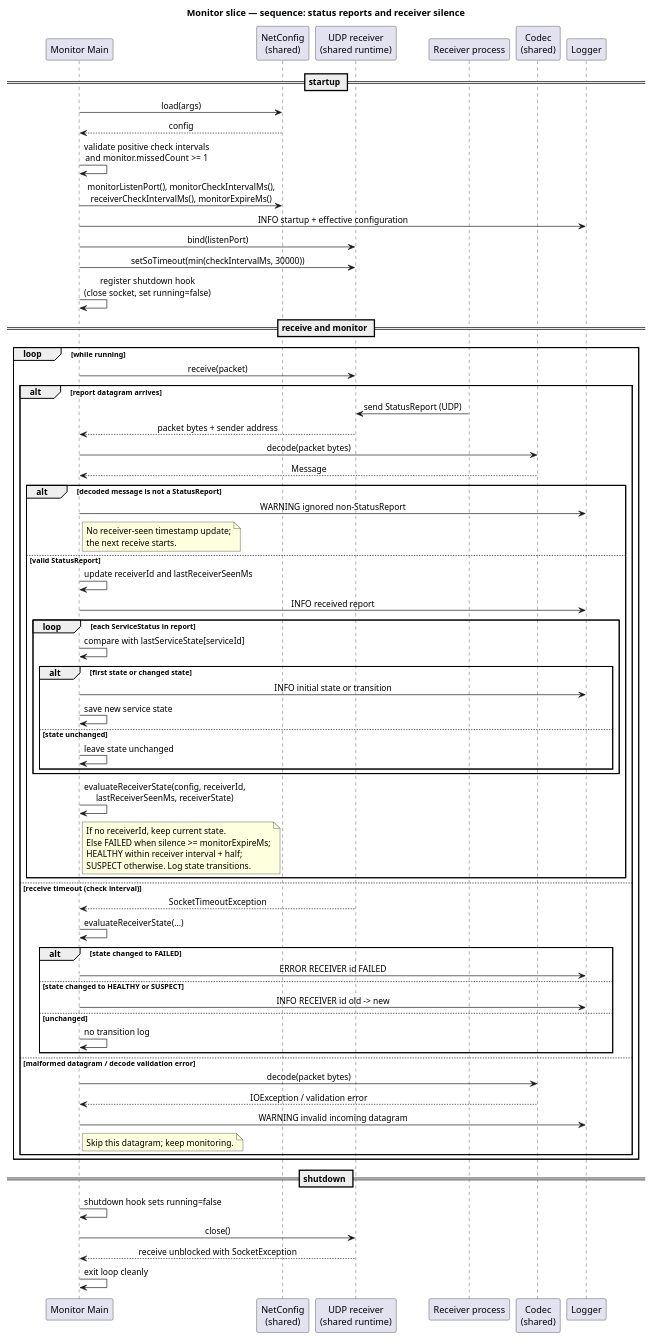
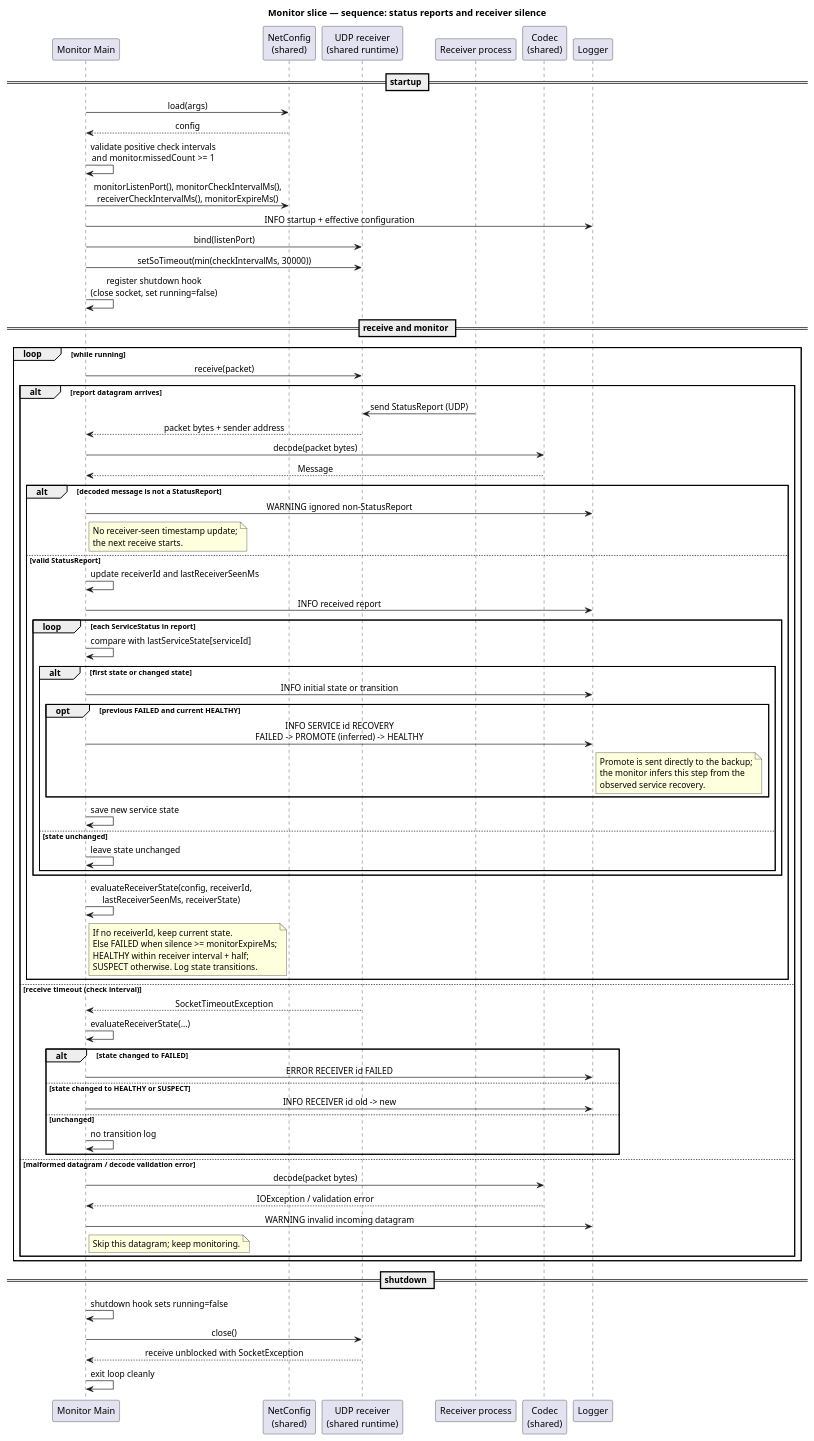
One commit to kobster68/tactic-implementation changed the diagram in uml/monitor/monitor-sequence.puml. Above: the diagram before and after it, drawn with PlantUML. The commit also changed 4 other files, not shown here.

Commit message:
Implemented monitor recovery

```diff
--- a/uml/monitor/monitor-sequence.puml
+++ b/uml/monitor/monitor-sequence.puml
@@ -1,83 +1,91 @@
 @startuml monitor-sequence
 title Monitor slice — sequence: status reports and receiver silence
 
 skinparam shadowing false
 skinparam sequenceMessageAlign center
 
 participant "Monitor Main" as MON
 participant "NetConfig\n(shared)" as CFG
 participant "UDP receiver\n(shared runtime)" as UDP
 participant "Receiver process" as RCV
 participant "Codec\n(shared)" as CODEC
 participant "Logger" as LOG
 
 == startup ==
 MON -> CFG : load(args)
 CFG --> MON : config
 MON -> MON : validate positive check intervals\nand monitor.missedCount >= 1
 MON -> CFG : monitorListenPort(), monitorCheckIntervalMs(),\nreceiverCheckIntervalMs(), monitorExpireMs()
 MON -> LOG : INFO startup + effective configuration
 MON -> UDP : bind(listenPort)
 MON -> UDP : setSoTimeout(min(checkIntervalMs, 30000))
 MON -> MON : register shutdown hook\n(close socket, set running=false)
 
 == receive and monitor ==
 loop while running
   MON -> UDP : receive(packet)
   alt report datagram arrives
     RCV -> UDP : send StatusReport (UDP)
     UDP --> MON : packet bytes + sender address
     MON -> CODEC : decode(packet bytes)
     CODEC --> MON : Message
     alt decoded message is not a StatusReport
       MON -> LOG : WARNING ignored non-StatusReport
       note right of MON
         No receiver-seen timestamp update;
         the next receive starts.
       end note
     else valid StatusReport
       MON -> MON : update receiverId and lastReceiverSeenMs
       MON -> LOG : INFO received report
       loop each ServiceStatus in report
         MON -> MON : compare with lastServiceState[serviceId]
         alt first state or changed state
           MON -> LOG : INFO initial state or transition
+          opt previous FAILED and current HEALTHY
+            MON -> LOG : INFO SERVICE id RECOVERY\nFAILED -> PROMOTE (inferred) -> HEALTHY
+            note right of LOG
+              Promote is sent directly to the backup;
+              the monitor infers this step from the
+              observed service recovery.
+            end note
+          end
           MON -> MON : save new service state
         else state unchanged
           MON -> MON : leave state unchanged
         end
       end
       MON -> MON : evaluateReceiverState(config, receiverId,\nlastReceiverSeenMs, receiverState)
       note right of MON
         If no receiverId, keep current state.
         Else FAILED when silence >= monitorExpireMs;
         HEALTHY within receiver interval + half;
         SUSPECT otherwise. Log state transitions.
       end note
     end
   else receive timeout (check interval)
     UDP --> MON : SocketTimeoutException
     MON -> MON : evaluateReceiverState(...)
     alt state changed to FAILED
       MON -> LOG : ERROR RECEIVER id FAILED
     else state changed to HEALTHY or SUSPECT
       MON -> LOG : INFO RECEIVER id old -> new
     else unchanged
       MON -> MON : no transition log
     end
   else malformed datagram / decode validation error
     MON -> CODEC : decode(packet bytes)
     CODEC --> MON : IOException / validation error
     MON -> LOG : WARNING invalid incoming datagram
     note right of MON
       Skip this datagram; keep monitoring.
     end note
   end
 end
 
 == shutdown ==
 MON -> MON : shutdown hook sets running=false
 MON -> UDP : close()
 UDP --> MON : receive unblocked with SocketException
 MON -> MON : exit loop cleanly
 @enduml
```
